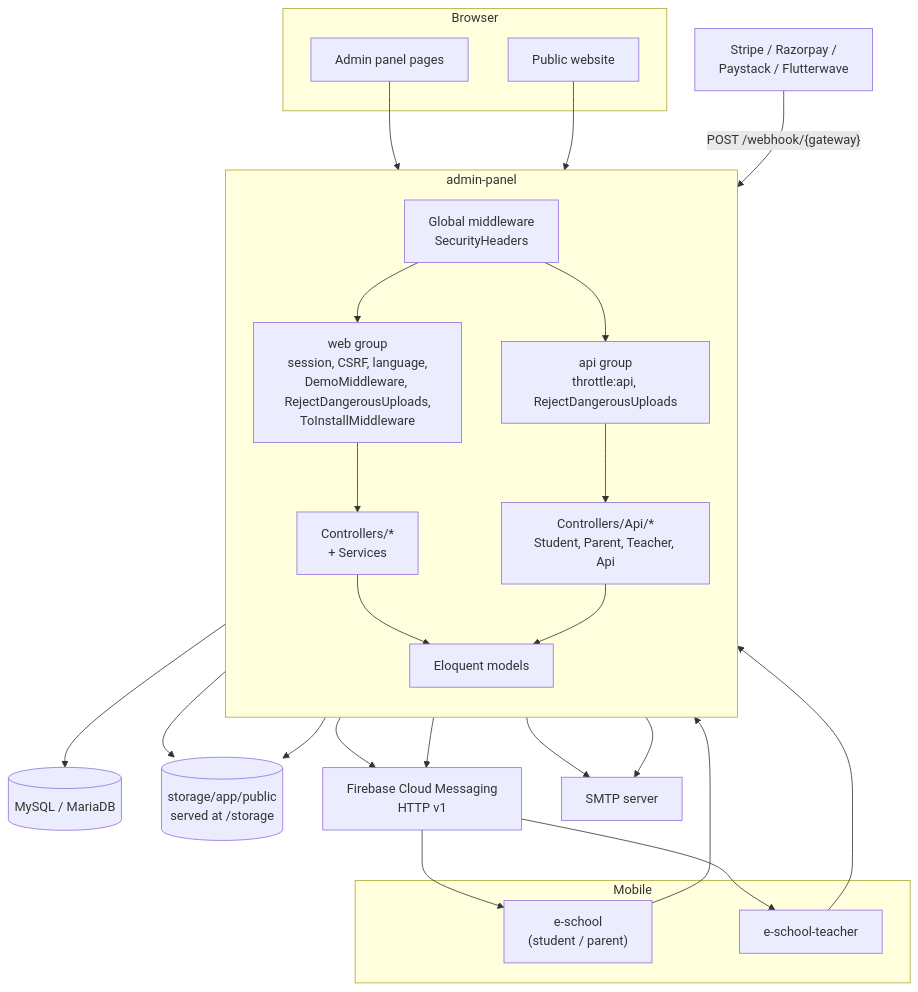
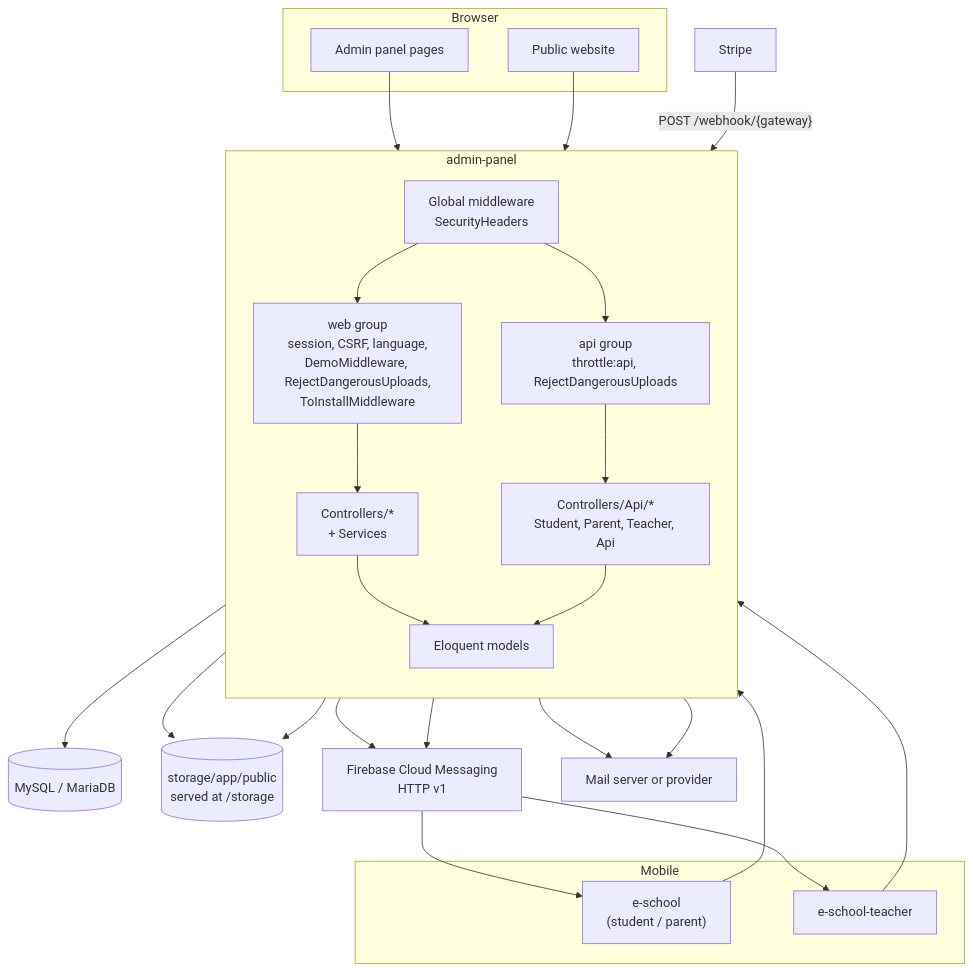
One commit to ShawnDaPrawn/Eschool changed the first of 5 diagrams in wiki/Architecture.md. Above: the diagram before and after it, drawn with Mermaid. The commit also changed other lines of this file and 5 other files, not shown here.

````diff
--- a/wiki/Architecture.md
+++ b/wiki/Architecture.md
@@ -11,43 +11,43 @@
 ```mermaid
 flowchart TB
     subgraph Browser
         AP["Admin panel pages"]
         PW["Public website"]
     end
     subgraph Mobile
         SA["e-school<br/>(student / parent)"]
         TA["e-school-teacher"]
     end
     subgraph Laravel["admin-panel"]
         direction TB
         MW["Global middleware<br/>SecurityHeaders"]
         WEBG["web group<br/>session, CSRF, language,<br/>DemoMiddleware, RejectDangerousUploads,<br/>ToInstallMiddleware"]
         APIG["api group<br/>throttle:api, RejectDangerousUploads"]
         WC["Controllers/*<br/>+ Services"]
         AC["Controllers/Api/*<br/>Student, Parent, Teacher, Api"]
         M["Eloquent models"]
     end
     DB[("MySQL / MariaDB")]
     ST[("storage/app/public<br/>served at /storage")]
     FCM["Firebase Cloud Messaging<br/>HTTP v1"]
-    PGW["Stripe / Razorpay /<br/>Paystack / Flutterwave"]
-    SMTP["SMTP server"]
+    PGW["Stripe"]
+    SMTP["Mail server or provider"]
 
     AP --> MW
     PW --> MW
     SA --> MW
     TA --> MW
     MW --> WEBG --> WC
     MW --> APIG --> AC
     WC --> M --> DB
     AC --> M
     WC --> ST
     AC --> ST
     WC --> FCM
     AC --> FCM
     WC --> SMTP
     AC --> SMTP
     PGW -- "POST /webhook/{gateway}" --> WEBG
     FCM --> SA
     FCM --> TA
 ```
````
